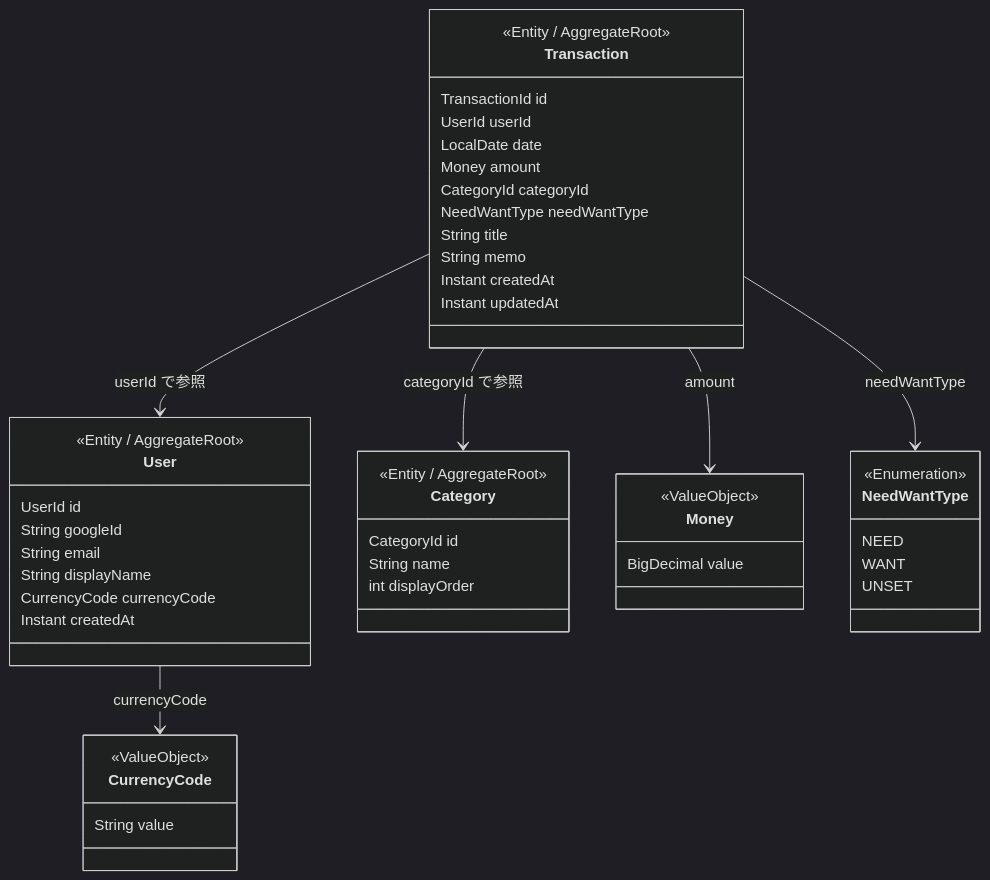
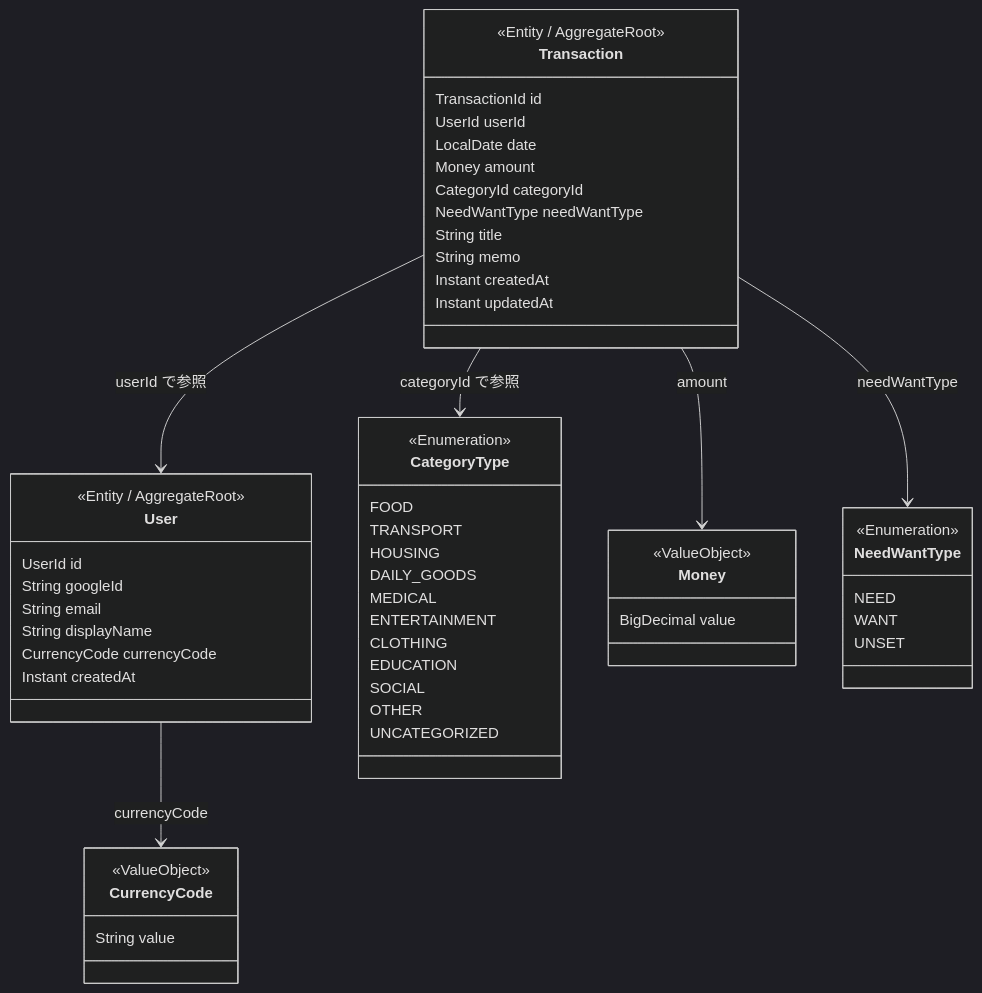
Before and after one commit to youmorry/expense-tracker: the diagram in docs/03-design/domain-model.md, drawn with Mermaid (dark theme). The commit also changed other lines of this file, not shown here.

First line of the commit message:
docs: ドメインモデルの Category を CategoryType Enum に更新

````diff
--- a/docs/03-design/domain-model.md
+++ b/docs/03-design/domain-model.md
@@ -12,58 +12,66 @@
 ```mermaid
 classDiagram
     direction TB
 
     class User {
         <<Entity / AggregateRoot>>
         UserId id
         String googleId
         String email
         String displayName
         CurrencyCode currencyCode
         Instant createdAt
     }
 
     class Transaction {
         <<Entity / AggregateRoot>>
         TransactionId id
         UserId userId
         LocalDate date
         Money amount
         CategoryId categoryId
         NeedWantType needWantType
         String title
         String memo
         Instant createdAt
         Instant updatedAt
     }
 
-    class Category {
-        <<Entity / AggregateRoot>>
-        CategoryId id
-        String name
-        int displayOrder
+    class CategoryType {
+        <<Enumeration>>
+        FOOD
+        TRANSPORT
+        HOUSING
+        DAILY_GOODS
+        MEDICAL
+        ENTERTAINMENT
+        CLOTHING
+        EDUCATION
+        SOCIAL
+        OTHER
+        UNCATEGORIZED
     }
 
     class CurrencyCode {
         <<ValueObject>>
         String value
     }
 
     class Money {
         <<ValueObject>>
         BigDecimal value
     }
 
     class NeedWantType {
         <<Enumeration>>
         NEED
         WANT
         UNSET
     }
 
     User --> CurrencyCode : currencyCode
     Transaction --> User : userId で参照
-    Transaction --> Category : categoryId で参照
+    Transaction --> CategoryType : categoryId で参照
     Transaction --> Money : amount
     Transaction --> NeedWantType : needWantType
 ```
````
